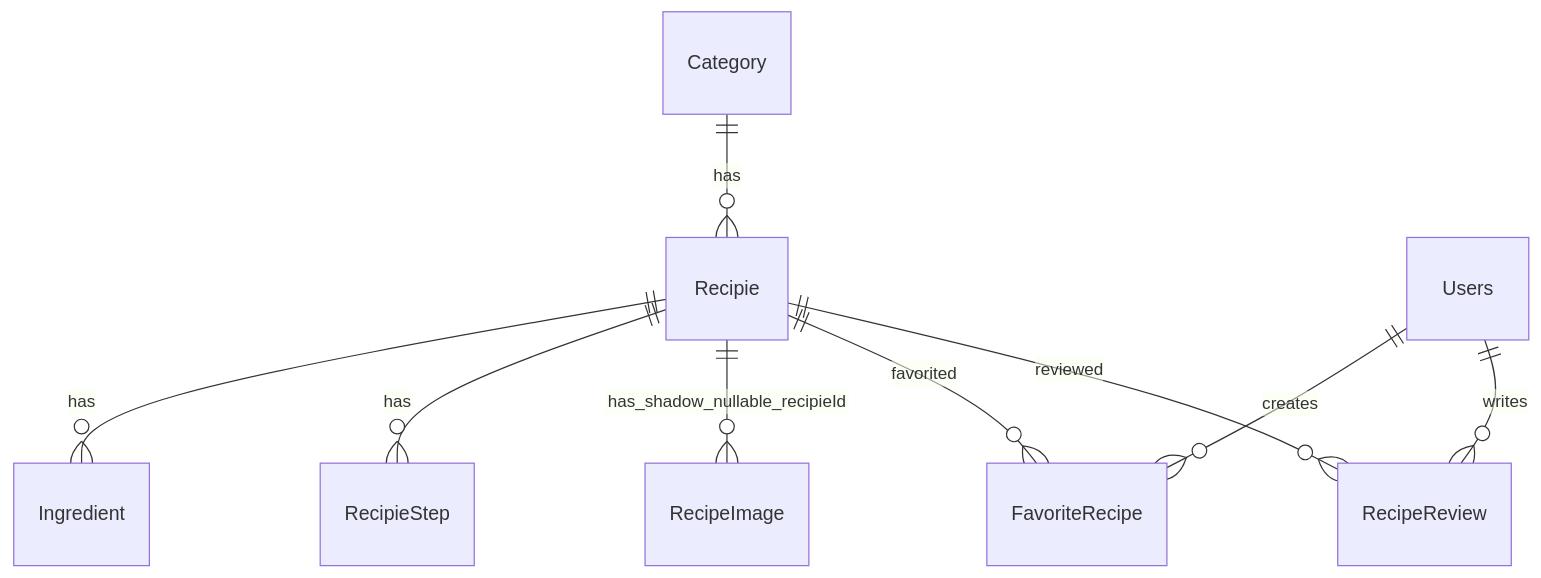
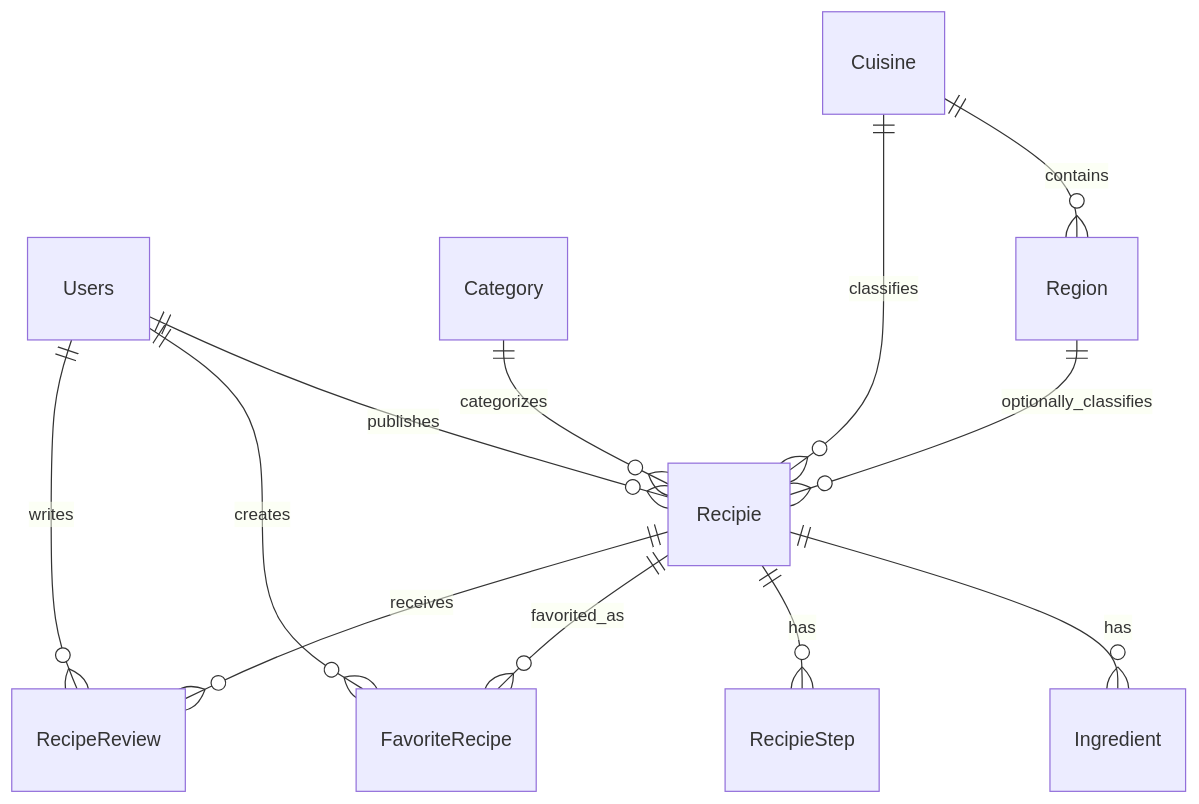
One commit to omar-ezzr/RecipieApp_CleanArchitecture changed the diagram in docs/DATABASE_CONTEXT.md. Above: the diagram before and after it, drawn with Mermaid. The commit also changed other lines of this file and 256 other files, not shown here.

````diff
--- a/docs/DATABASE_CONTEXT.md
+++ b/docs/DATABASE_CONTEXT.md
@@ -105,11 +58,14 @@
 ```mermaid
 erDiagram
-  Category ||--o{ Recipie : has
+  Users ||--o{ Recipie : publishes
+  Category ||--o{ Recipie : categorizes
+  Cuisine ||--o{ Region : contains
+  Cuisine ||--o{ Recipie : classifies
+  Region ||--o{ Recipie : optionally_classifies
   Recipie ||--o{ Ingredient : has
   Recipie ||--o{ RecipieStep : has
-  Recipie ||--o{ RecipeImage : has_shadow_nullable_recipieId
   Users ||--o{ FavoriteRecipe : creates
-  Recipie ||--o{ FavoriteRecipe : favorited
+  Recipie ||--o{ FavoriteRecipe : favorited_as
   Users ||--o{ RecipeReview : writes
-  Recipie ||--o{ RecipeReview : reviewed
+  Recipie ||--o{ RecipeReview : receives
 ```
````
